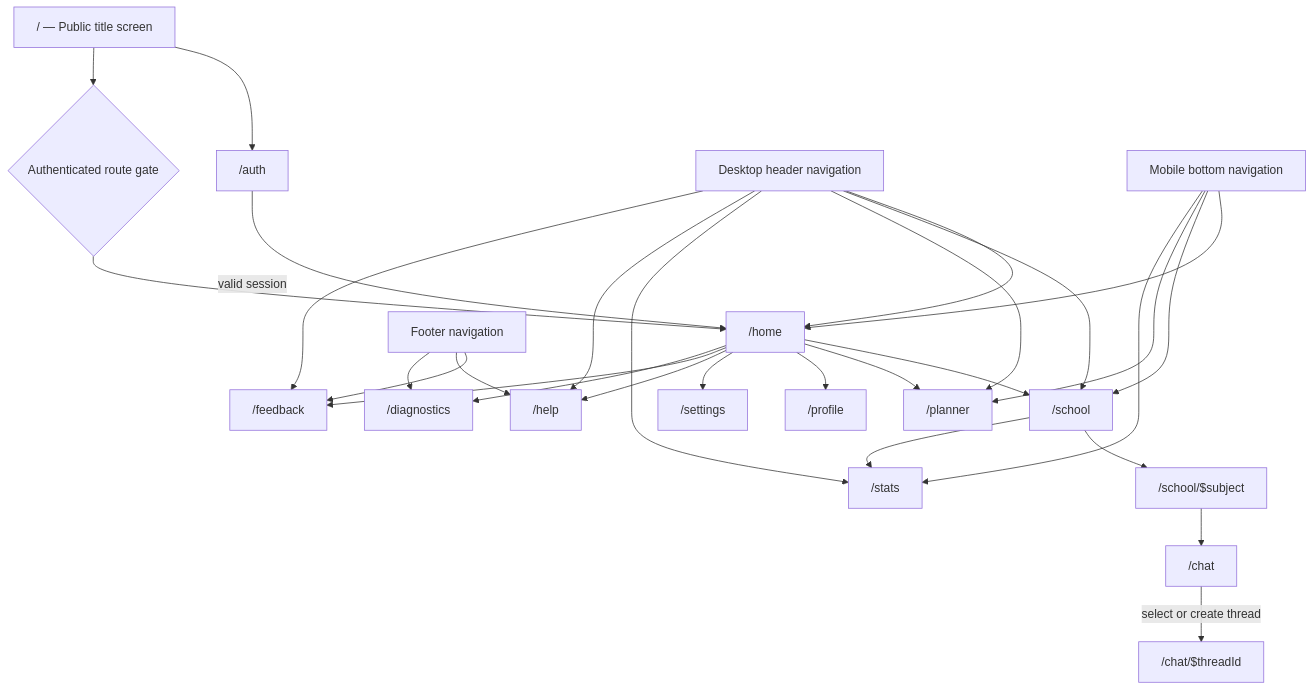
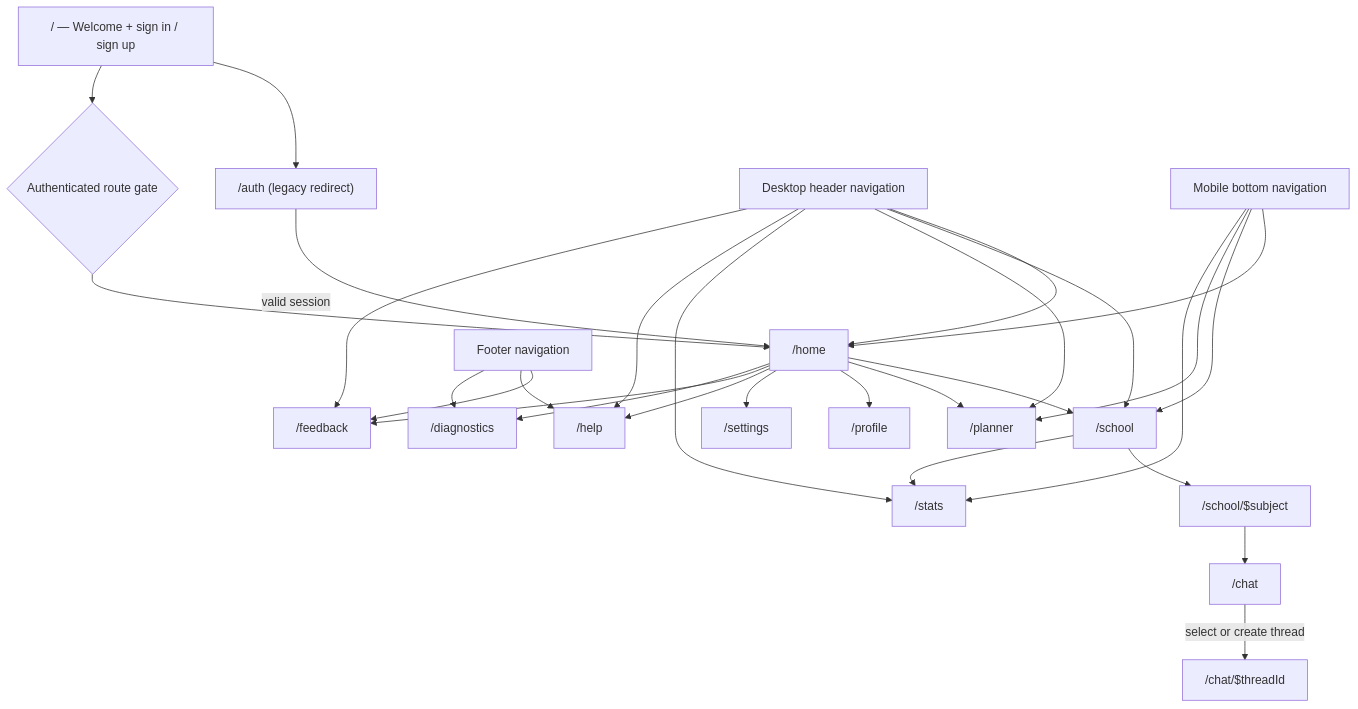
The second of 15 diagrams in docs/FULL_APP_WIREFRAMES.md (keyshavmor/study-swiss-star), drawn with Mermaid before and after one commit. The commit also changed 7 other files, not shown here.

````diff
--- a/docs/FULL_APP_WIREFRAMES.md
+++ b/docs/FULL_APP_WIREFRAMES.md
@@ -58,31 +58,31 @@
 ```mermaid
 flowchart TD
-  Root["/ — Public title screen"] --> Auth["/auth"]
+  Root["/ — Welcome + sign in / sign up"] --> Auth["/auth (legacy redirect)"]
   Root --> Protected{Authenticated route gate}
   Auth -->|valid session| Home["/home"]
   Protected --> Home
   Home --> School["/school"]
   Home --> Planner["/planner"]
   School --> Subject["/school/$subject"]
   School --> Stats["/stats"]
   Subject --> ChatEntry["/chat"]
   ChatEntry -->|select or create thread| Thread["/chat/$threadId"]
   Home --> Profile["/profile"]
   Home --> Settings["/settings"]
   Home --> Help["/help"]
   Home --> Feedback["/feedback"]
   Home --> Diagnostics["/diagnostics"]
   Header[Desktop header navigation] --> Home
   Header --> School
   Header --> Planner
   Header --> Stats
   Header --> Help
   Header --> Feedback
   Mobile[Mobile bottom navigation] --> Home
   Mobile --> School
   Mobile --> Planner
   Mobile --> Stats
   Footer[Footer navigation] --> Feedback
   Footer --> Help
   Footer --> Diagnostics
 ```
````
